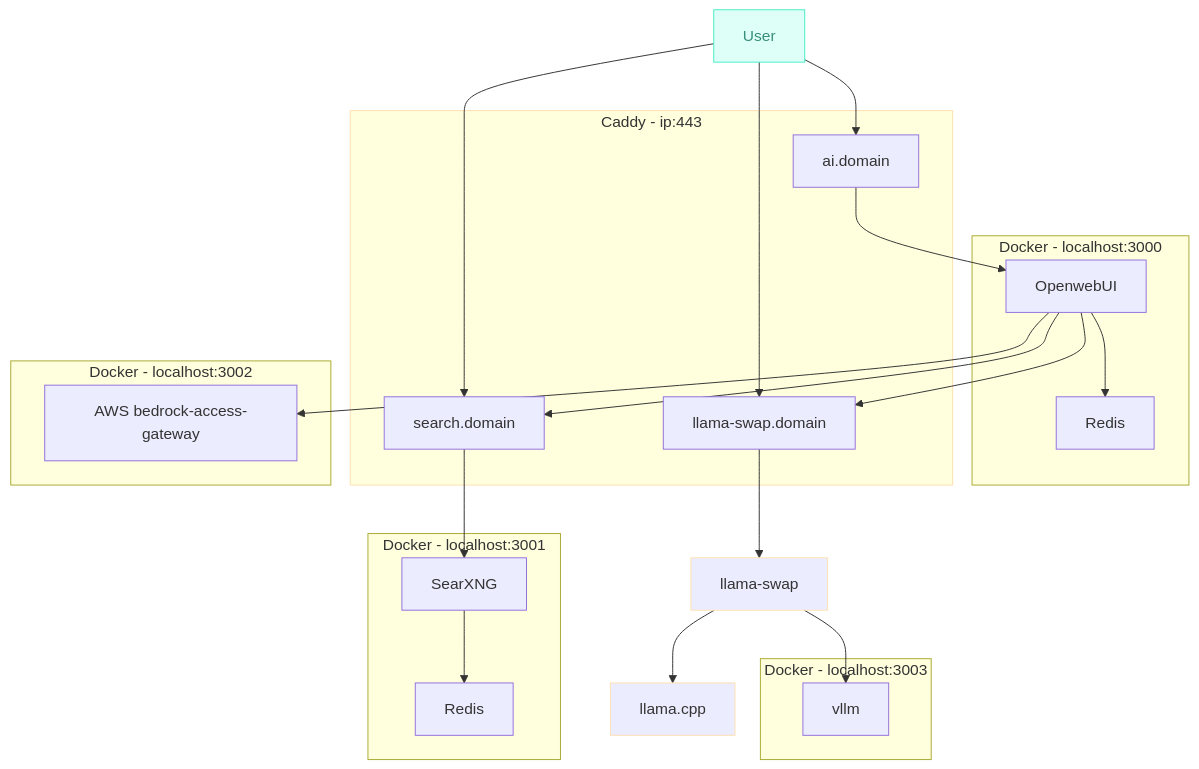
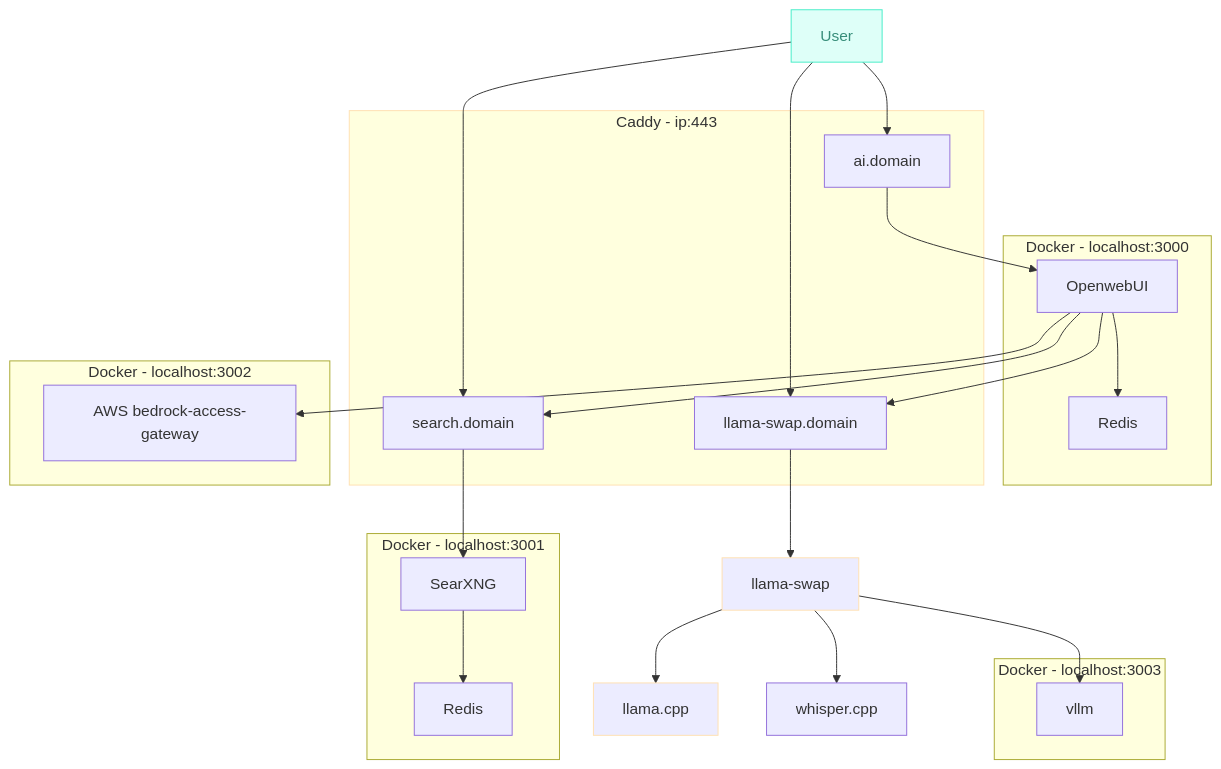
The diagram in README.md (cycl00ps/ai-lab), drawn with Mermaid before and after one commit.

````diff
--- a/README.md
+++ b/README.md
@@ -13,39 +13,40 @@
 ```mermaid
 flowchart TD
  subgraph subGraph0["Docker - localhost:3000"]
         B["Redis"]
         A["OpenwebUI"]
   end
  subgraph subGraph1["Docker - localhost:3001"]
         D["Redis"]
         C["SearXNG"]
   end
  subgraph subGraph2["Caddy - ip:443"]
         E["ai.domain"]
         H["search.domain"]
         J["llama-swap.domain"]
   end
  subgraph subGraph3["Docker - localhost:3003"]
         K["vllm"]
   end
  subgraph subGraph4["Docker - localhost:3002"]
         L["AWS bedrock-access-gateway"]
   end
 
     A --> B & H & J & L
     C --> D
     E --> A
     H --> C
     F["llama-swap"] --> G["llama.cpp"]
+    F["llama-swap"] --> Z["whisper.cpp"]
     F --> K
     I["User"] --> E
     I["User"] --> H
     I --> J
     J --> F
 
 I:::Aqua
     classDef Aqua stroke-width:1px, stroke-dasharray:none, stroke:#46EDC8, fill:#DEFFF8, color:#378E7A
     style F stroke:#FFE0B2
     style G stroke:#FFE0B2
     style subGraph2 stroke:#FFE0B2
 ```
````
